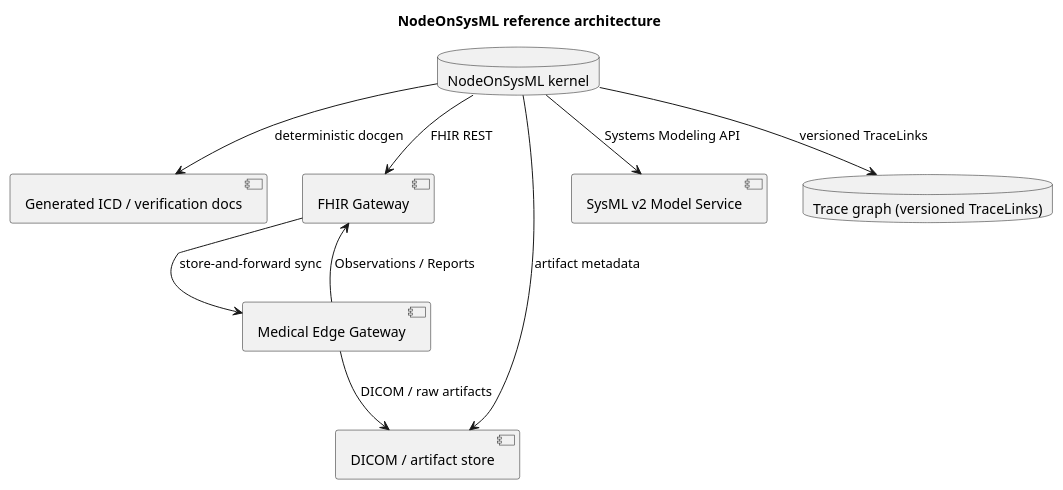
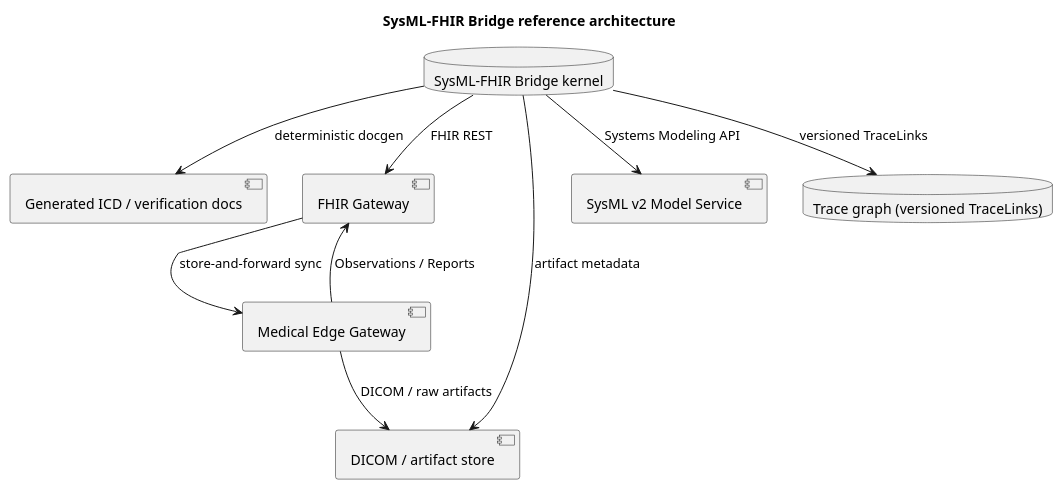
One commit to awatson1978/sysml-fhir-bridge changed the diagram in generated/diagrams/architecture.puml. Above: the diagram before and after it, drawn with PlantUML. The commit also changed 71 other files, not shown here.

First line of the commit message:
Rename project to sysml-fhir-bridge

```diff
--- a/generated/diagrams/architecture.puml
+++ b/generated/diagrams/architecture.puml
@@ -1,18 +1,18 @@
 @startuml
-title NodeOnSysML reference architecture
+title SysML–FHIR Bridge reference architecture
 component "Generated ICD / verification docs" as docs
 component "Medical Edge Gateway" as edge
 component "FHIR Gateway" as fhir
 component "DICOM / artifact store" as img
-database "NodeOnSysML kernel" as nos
+database "SysML–FHIR Bridge kernel" as nos
 component "SysML v2 Model Service" as sys
 database "Trace graph (versioned TraceLinks)" as trace
 edge --> fhir : Observations / Reports
 edge --> img : DICOM / raw artifacts
 fhir --> edge : store-and-forward sync
 nos --> docs : deterministic docgen
 nos --> fhir : FHIR REST
 nos --> img : artifact metadata
 nos --> sys : Systems Modeling API
 nos --> trace : versioned TraceLinks
 @enduml
```
